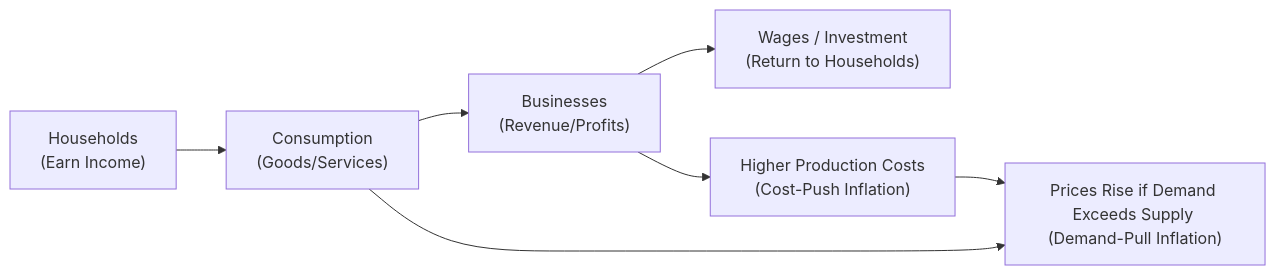
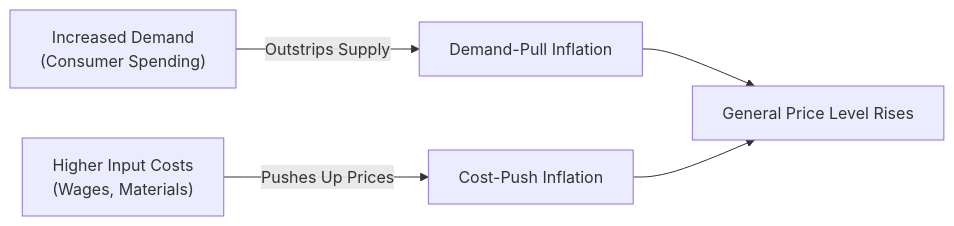
The first of 2 diagrams in content/ifc/3/6/index.md (MasteryEducation/SecuritiesExamsMastery.ca), drawn with Mermaid before and after one commit. The commit also changed other lines of this file and 130 other files, not shown here.

````diff
--- a/content/ifc/3/6/index.md
+++ b/content/ifc/3/6/index.md
@@ -177,9 +100,7 @@
 ```mermaid
 flowchart LR
-    A["Households <br/>(Earn Income)"] --> B["Consumption <br/>(Goods/Services)"]
-    B --> C["Businesses <br/>(Revenue/Profits)"]
-    C --> D["Wages / Investment <br/>(Return to Households)"]
-    B --> E["Prices Rise if Demand Exceeds Supply <br/>(Demand-Pull Inflation)"]
-    C --> F["Higher Production Costs <br/>(Cost-Push Inflation)"]
-    F --> E
+    A["Increased Demand <br/>(Consumer Spending)"] -->|Outstrips Supply| B["Demand-Pull Inflation"]
+    C["Higher Input Costs <br/>(Wages, Materials)"] -->|Pushes Up Prices| D["Cost-Push Inflation"]
+    B --> E["General Price Level Rises"]
+    D --> E
 ```
````
